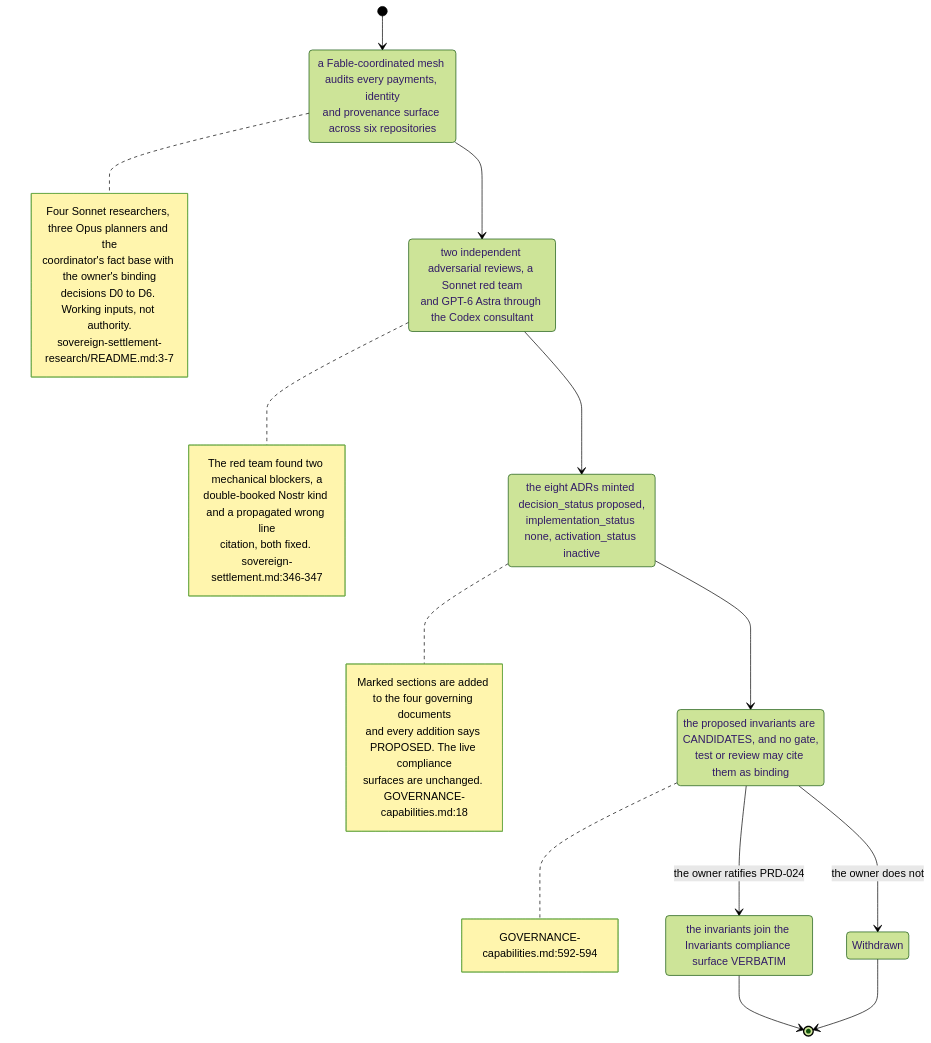
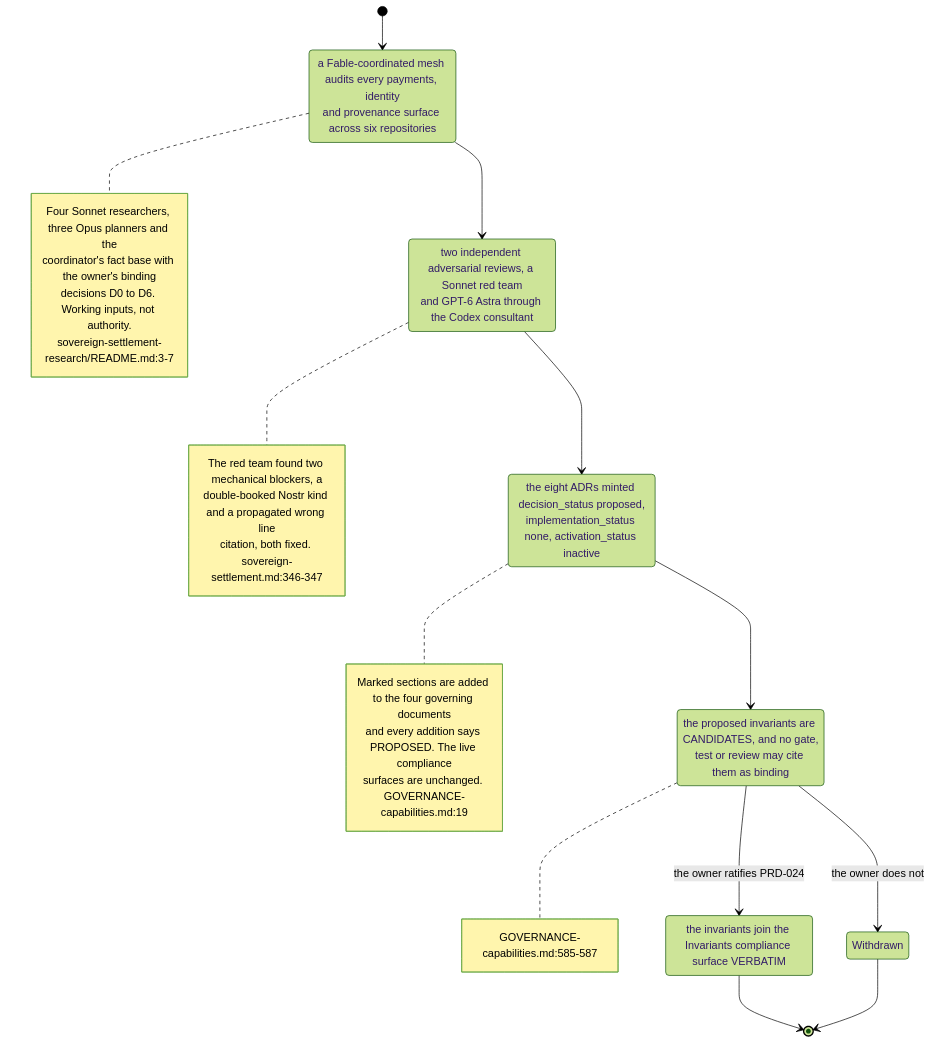
The second of 7 diagrams in docs/diagrams/agentbox/31-sovereign-settlement.md (DreamLab-AI/VisionFlow), drawn with Mermaid (forest theme) before and after one commit. The commit also changed other lines of this file and 145 other files, not shown here.

````diff
--- a/docs/diagrams/agentbox/31-sovereign-settlement.md
+++ b/docs/diagrams/agentbox/31-sovereign-settlement.md
@@ -93,35 +93,35 @@
 ```mermaid
 stateDiagram-v2
     [*] --> Researched
     Researched: a Fable-coordinated mesh audits every payments, identity<br/>and provenance surface across six repositories
     note right of Researched
         Four Sonnet researchers, three Opus planners and the
         coordinator's fact base with the owner's binding
         decisions D0 to D6. Working inputs, not authority.
         sovereign-settlement-research/README.md:3-7
     end note
     Researched --> Reviewed
     Reviewed: two independent adversarial reviews, a Sonnet red team<br/>and GPT-6 Astra through the Codex consultant
     note right of Reviewed
         The red team found two mechanical blockers, a
         double-booked Nostr kind and a propagated wrong line
         citation, both fixed. sovereign-settlement.md:346-347
     end note
     Reviewed --> Proposed
     Proposed: the eight ADRs minted decision_status proposed,<br/>implementation_status none, activation_status inactive
     note right of Proposed
         Marked sections are added to the four governing documents
         and every addition says PROPOSED. The live compliance
-        surfaces are unchanged. GOVERNANCE-capabilities.md:18
+        surfaces are unchanged. GOVERNANCE-capabilities.md:19
     end note
     Proposed --> Candidate
     Candidate: the proposed invariants are CANDIDATES, and no gate,<br/>test or review may cite them as binding
     note right of Candidate
-        GOVERNANCE-capabilities.md:592-594
+        GOVERNANCE-capabilities.md:585-587
     end note
     Candidate --> Ratified : the owner ratifies PRD-024
     Candidate --> Withdrawn : the owner does not
     Ratified: the invariants join the Invariants compliance surface VERBATIM
     Ratified --> [*]
     Withdrawn --> [*]
 ```
````
